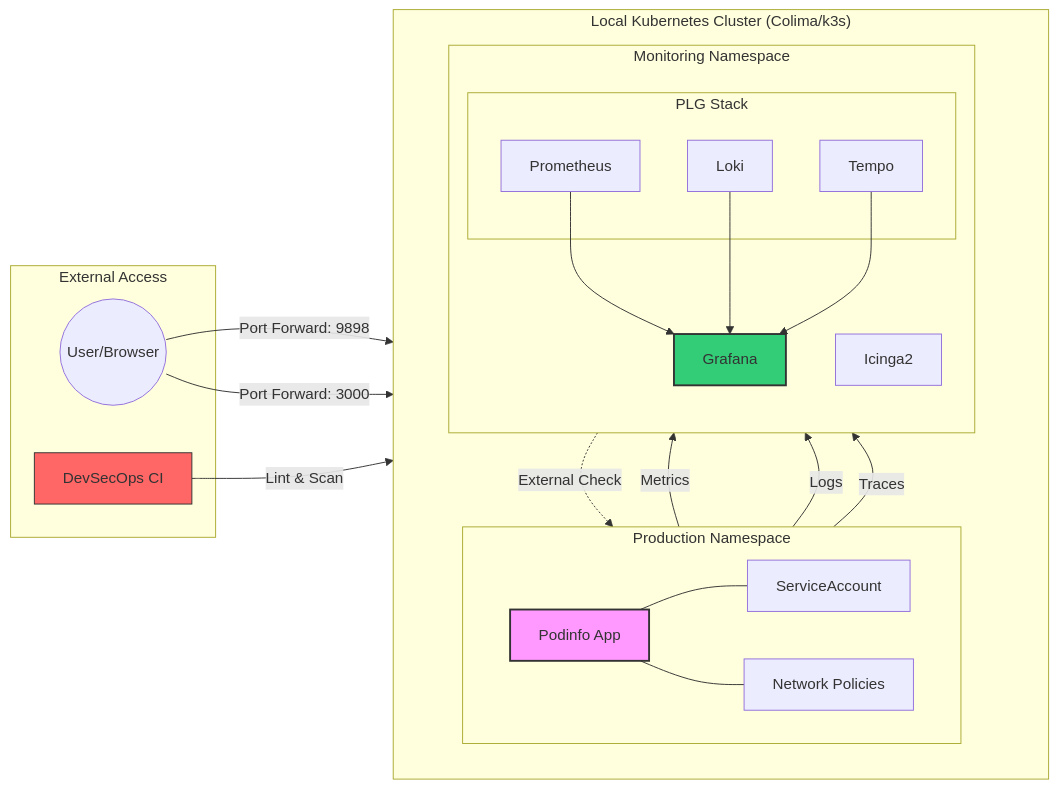
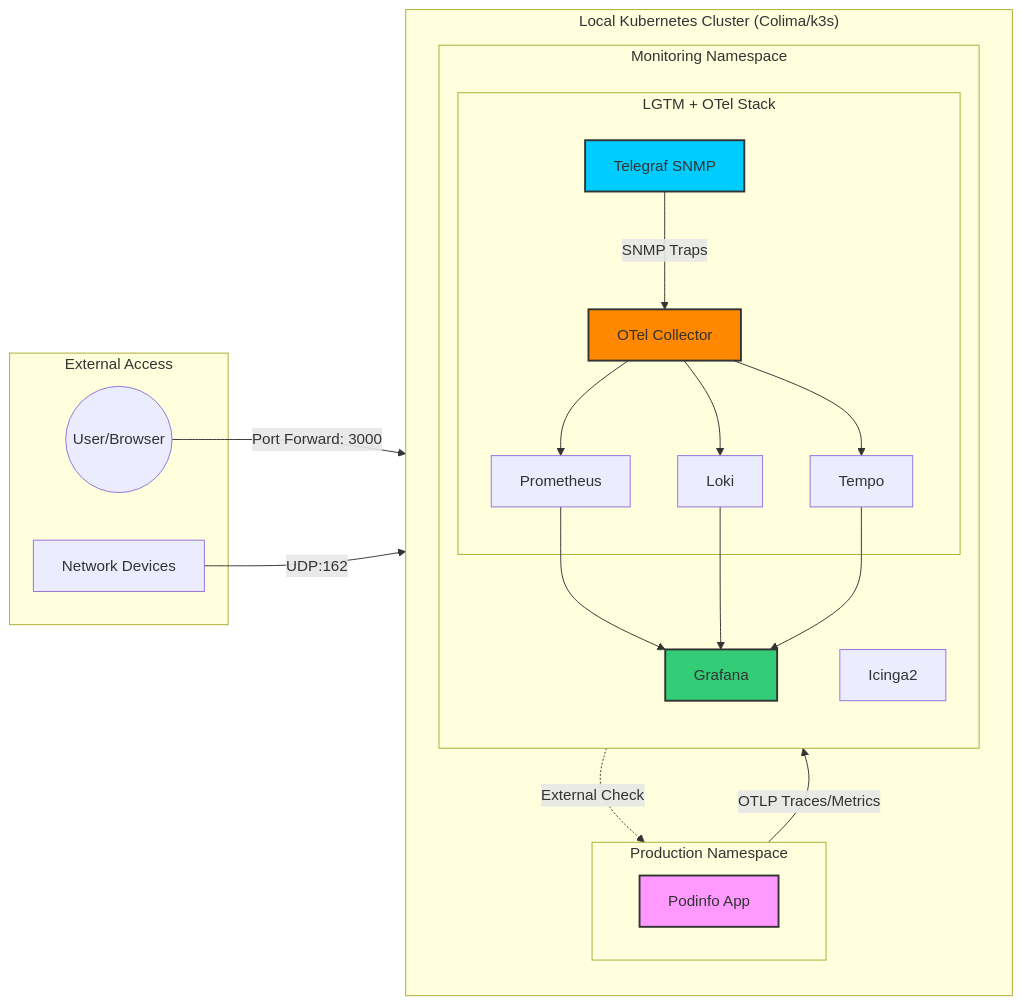
One commit to ROLANDsebastien/monitoring_project changed the diagram in README.md. Above: the diagram before and after it, drawn with Mermaid. The commit also changed other lines of this file and 11 other files, not shown here.

````diff
--- a/README.md
+++ b/README.md
@@ -7,52 +7,51 @@
 ```mermaid
 graph LR
     subgraph "External Access"
         User((User/Browser))
-        CI[DevSecOps CI]
+        SNMP_Dev[Network Devices]
     end
 
     subgraph "Local Kubernetes Cluster (Colima/k3s)"
         direction TB
         
         subgraph "Production Namespace"
             direction LR
             App[Podinfo App]
-            SA[ServiceAccount]
-            NP[Network Policies]
-            App --- SA
-            App --- NP
         end
 
         subgraph "Monitoring Namespace"
             direction TB
-            subgraph "PLG Stack"
+            subgraph "LGTM + OTel Stack"
+                OTel[OTel Collector]
                 Prom[Prometheus]
                 Loki[Loki]
                 Tempo[Tempo]
+                Telegraf[Telegraf SNMP]
             end
             Graf[Grafana]
             Icinga[Icinga2]
             
+            OTel --> Prom
+            OTel --> Loki
+            OTel --> Tempo
+            Telegraf -->|SNMP Traps| OTel
             Prom --> Graf
             Loki --> Graf
             Tempo --> Graf
         end
     end
 
     %% Flows
-    User -->|Port Forward: 9898| App
     User -->|Port Forward: 3000| Graf
+    SNMP_Dev -->|UDP:162| Telegraf
     
-    CI -->|Lint & Scan| App
-    
-    App -->|Metrics| Prom
-    App -->|Logs| Loki
-    App -->|Traces| Tempo
+    App -->|OTLP Traces/Metrics| OTel
     
     Icinga -.->|External Check| App
 
     %% Styles
     style App fill:#f9f,stroke:#333,stroke-width:2px
+    style OTel fill:#f80,stroke:#333,stroke-width:2px
+    style Telegraf fill:#0cf,stroke:#333,stroke-width:2px
     style Graf fill:#3c7,stroke:#333,stroke-width:2px
-    style CI fill:#f66,stroke:#333,stroke-width:1px
 ```
````
